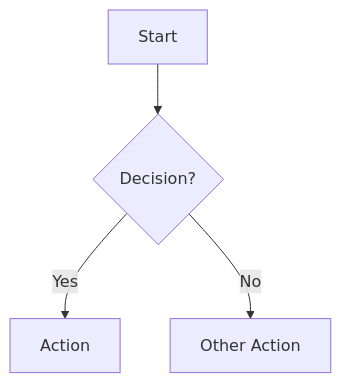
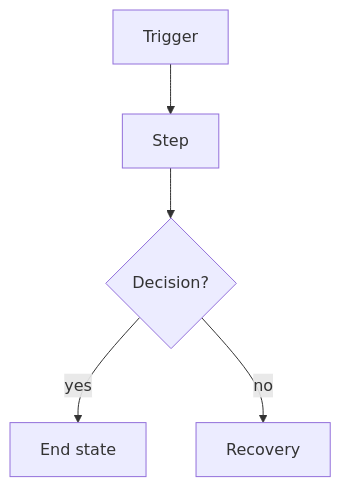
One commit to moniav/sk changed the first of 3 diagrams in pkg/docs/templates/flow-diagram.md. Above: the diagram before and after it, drawn with Mermaid. The commit also changed other lines of this file and 38 other files, not shown here.

````diff
--- a/pkg/docs/templates/flow-diagram.md
+++ b/pkg/docs/templates/flow-diagram.md
@@ -34,6 +21,7 @@
 ```mermaid
 flowchart TD
-    A[Start] --> B{Decision?}
-    B -->|Yes| C[Action]
-    B -->|No| D[Other Action]
+    A[Trigger] --> B[Step]
+    B --> C{Decision?}
+    C -->|yes| D[End state]
+    C -->|no| E[Recovery]
 ```
````
